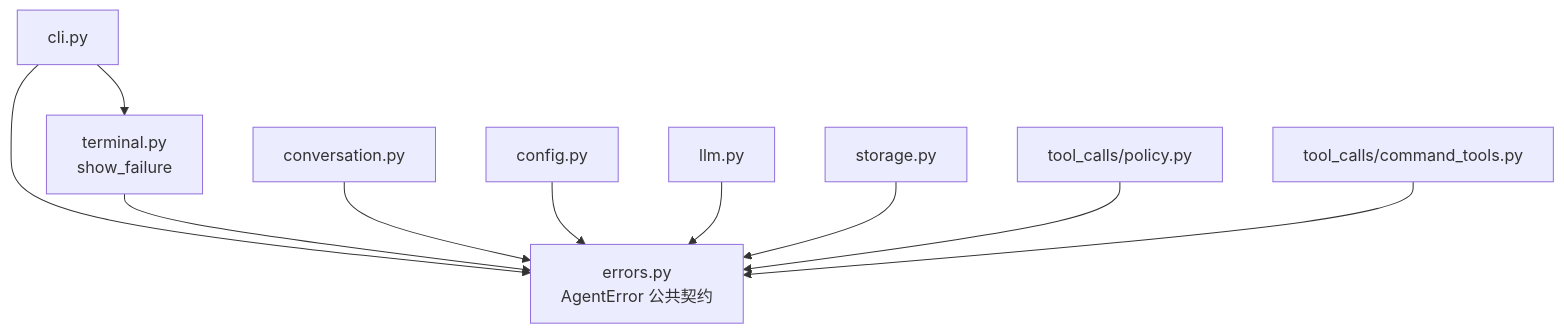
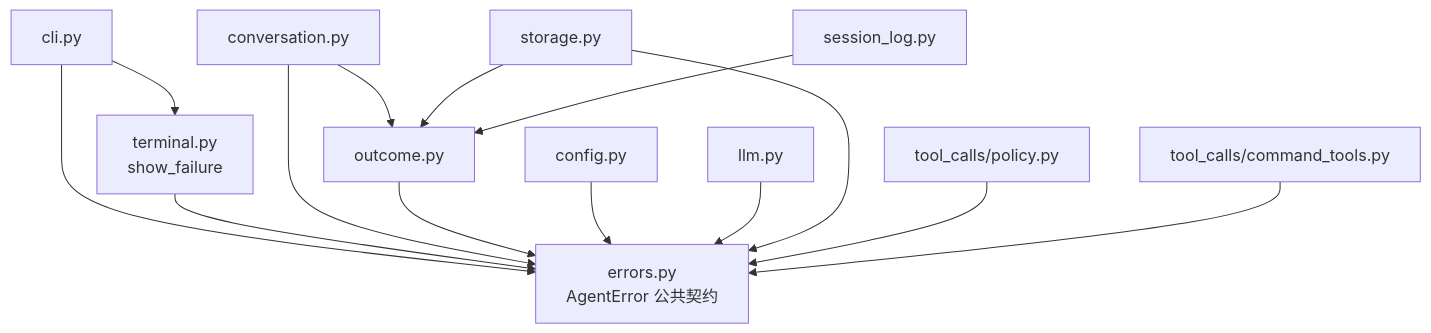
The third of 3 diagrams in docs/architecture.md (Plvltra/AdamAgent), drawn with Mermaid before and after one commit. The commit also changed other lines of this file and 19 other files, not shown here.

````diff
--- a/docs/architecture.md
+++ b/docs/architecture.md
@@ -101,12 +106,16 @@
 ```mermaid
 flowchart TD
     CLI["cli.py"] --> ERROR["errors.py<br/>AgentError 公共契约"]
     CLI --> TERM["terminal.py<br/>show_failure"]
     TERM --> ERROR
     CONV["conversation.py"] --> ERROR
+    CONV --> OUTCOME["outcome.py"]
+    OUTCOME --> ERROR
+    STORE["storage.py"] --> OUTCOME
+    LOG["session_log.py"] --> OUTCOME
     CONFIG["config.py"] --> ERROR
     LLM["llm.py"] --> ERROR
-    STORE["storage.py"] --> ERROR
+    STORE --> ERROR
     POLICY["tool_calls/policy.py"] --> ERROR
     COMMAND["tool_calls/command_tools.py"] --> ERROR
 ```
````
